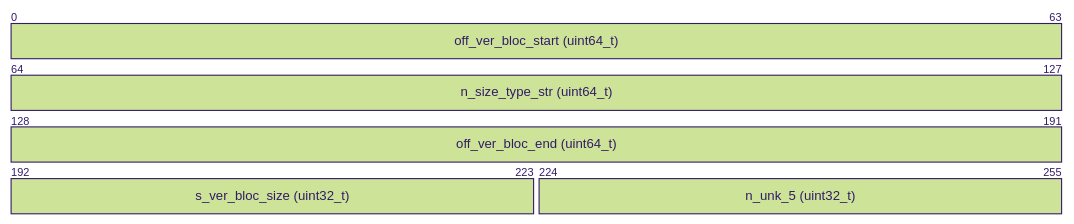
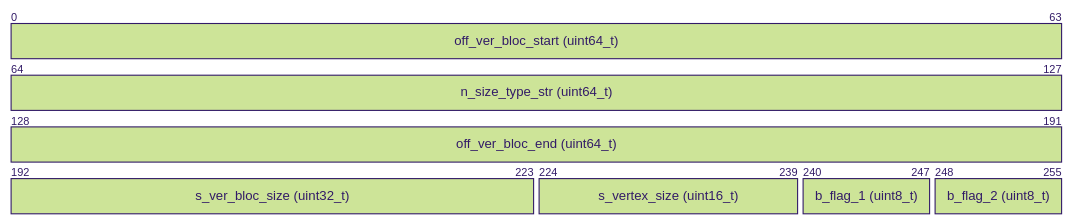
Before and after one commit to wows-tools/wows-geometry: the third of 3 diagrams in FORMAT.md, drawn with Mermaid. The commit also changed other lines of this file and 5 other files, not shown here.

````diff
--- a/FORMAT.md
+++ b/FORMAT.md
@@ -66,9 +66,11 @@
 ```mermaid
 %%{init: { 'theme': 'forest', 'config': {'bitsPerRow': 64, 'bitWidth': 15}}}%%
 packet-beta
 0-63: "off_ver_bloc_start (uint64_t)"
 64-127: "n_size_type_str (uint64_t)"
 128-191: "off_ver_bloc_end (uint64_t)"
 192-223: "s_ver_bloc_size (uint32_t)"
-224-255: "n_unk_5 (uint32_t)"
+224-239: "s_vertex_size (uint16_t)"
+240-247: "b_flag_1 (uint8_t)"
+248-255: "b_flag_2 (uint8_t)"
 ```
````
